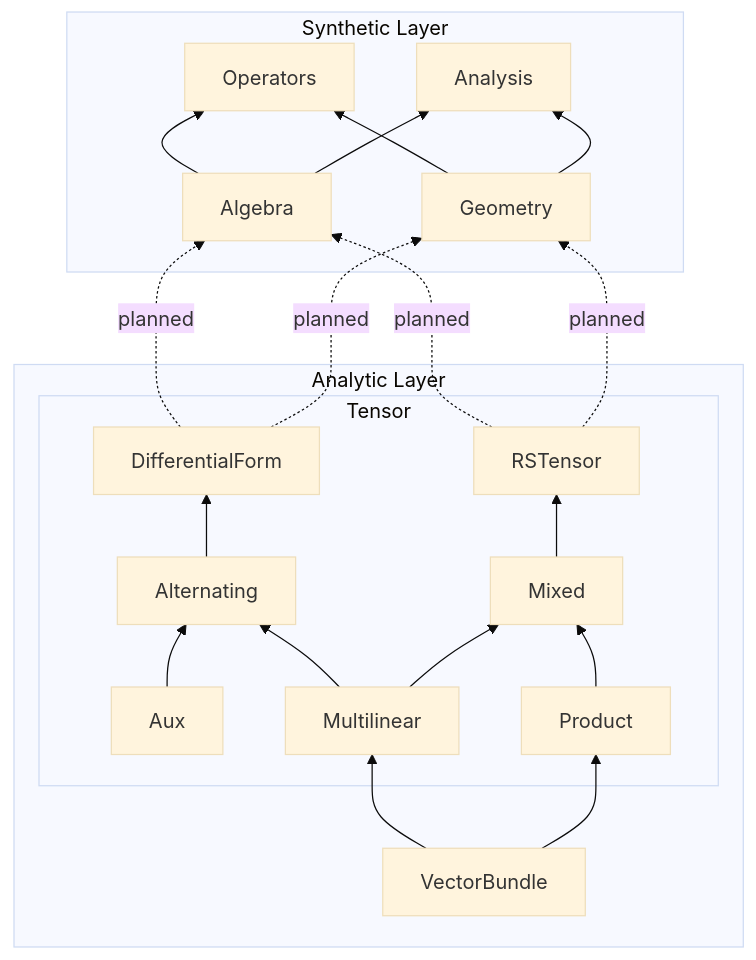
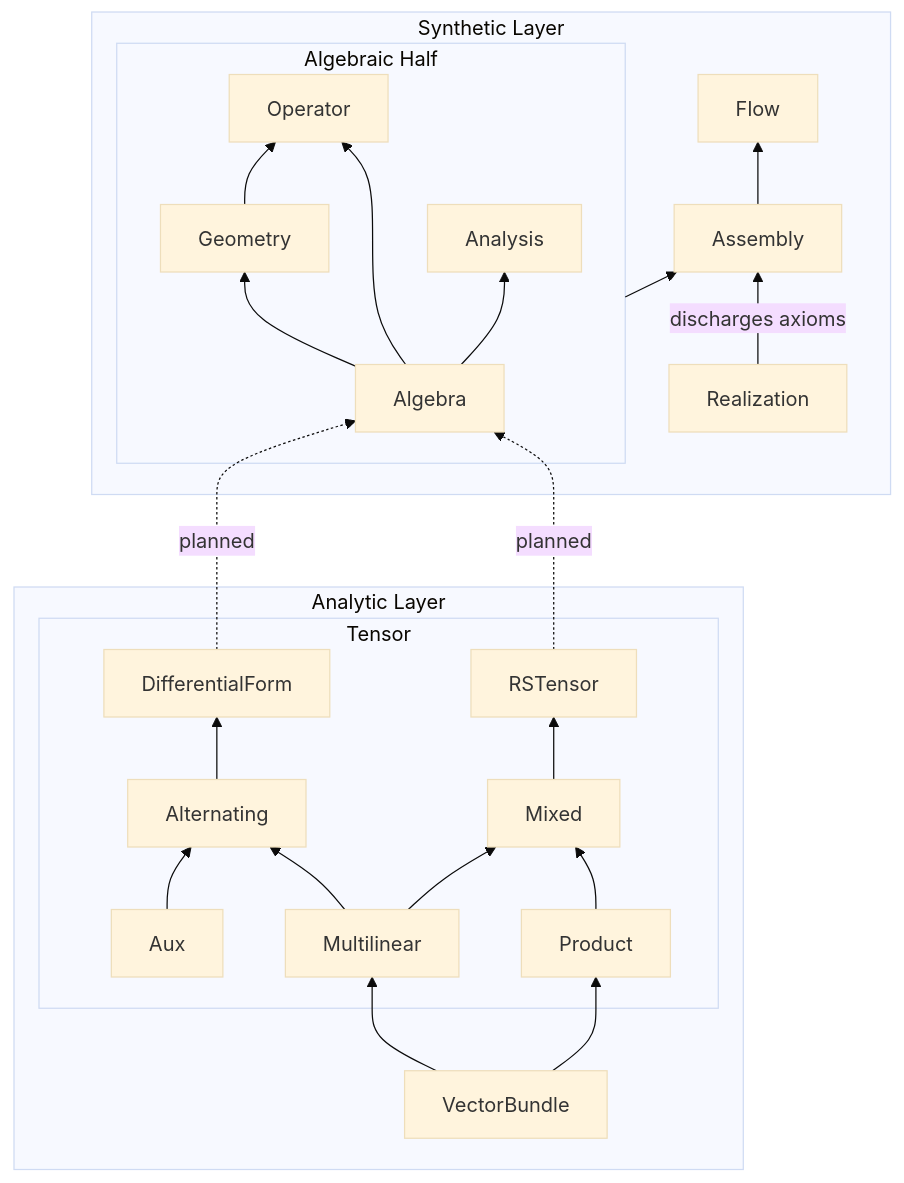
The diagram in README.md (liao9yuan/differential-geometry), drawn with Mermaid (base theme) before and after one commit. The commit also changed other lines of this file and 1 other file, not shown here.

````diff
--- a/README.md
+++ b/README.md
@@ -7,44 +7,52 @@
 ```mermaid
 flowchart BT
     subgraph AnalyticLayer [Analytic Layer]
         DirVB[VectorBundle]
 
         subgraph Tensor [Tensor]
             DirAux[Aux]
             DirMultilinear[Multilinear]
             DirProduct[Product]
             DirMixed[Mixed]
             DirAlt[Alternating]
             DirDiffForm[DifferentialForm]
             DirRSB[RSTensor]
 
             DirAux --> DirAlt
             DirMultilinear --> DirAlt
             DirMultilinear --> DirMixed
             DirProduct --> DirMixed
             DirAlt --> DirDiffForm
             DirMixed --> DirRSB
         end
 
         DirVB --> DirMultilinear
         DirVB --> DirProduct
     end
 
     subgraph SyntheticLayer [Synthetic Layer]
-        DirAlg[Algebra]
-        DirGeom[Geometry]
-        DirOperators[Operators]
-        DirAnalysis[Analysis]
+        subgraph AlgHalf ["Algebraic Half"]
+            DirAlg[Algebra]
+            DirGeom[Geometry]
+            DirOperators[Operator]
+            DirAnalysis[Analysis]
 
-        DirAlg --> DirOperators
-        DirGeom --> DirOperators
+            DirAlg --> DirGeom
+            DirAlg --> DirOperators
+            DirGeom --> DirOperators
+            DirAlg --> DirAnalysis
+        end
 
-        DirAlg --> DirAnalysis
-        DirGeom --> DirAnalysis
+        DirAsm[Assembly]
+        AlgHalf --> DirAsm
+
+        DirReal[Realization]
+        DirReal -->|"discharges axioms"| DirAsm
+
+        DirFlow[Flow]
+        DirAsm --> DirFlow
     end
 
     DirRSB -.->|planned| DirAlg
-    DirRSB -.->|planned| DirGeom
     DirDiffForm -.->|planned| DirAlg
-    DirDiffForm -.->|planned| DirGeom
 ```
````
